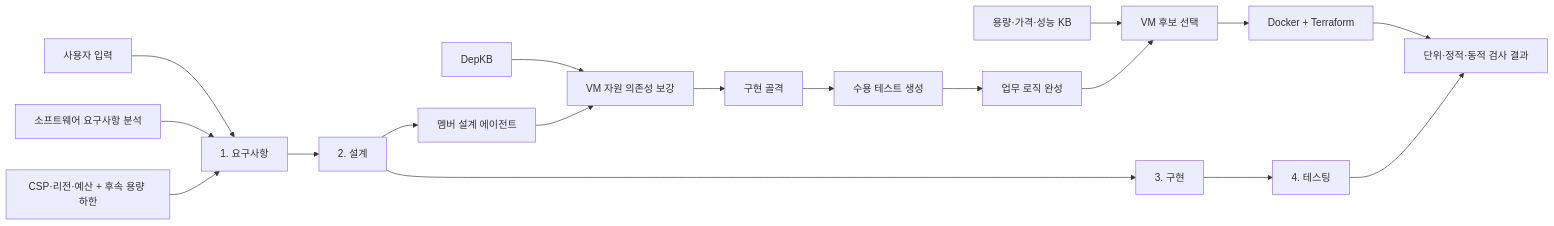
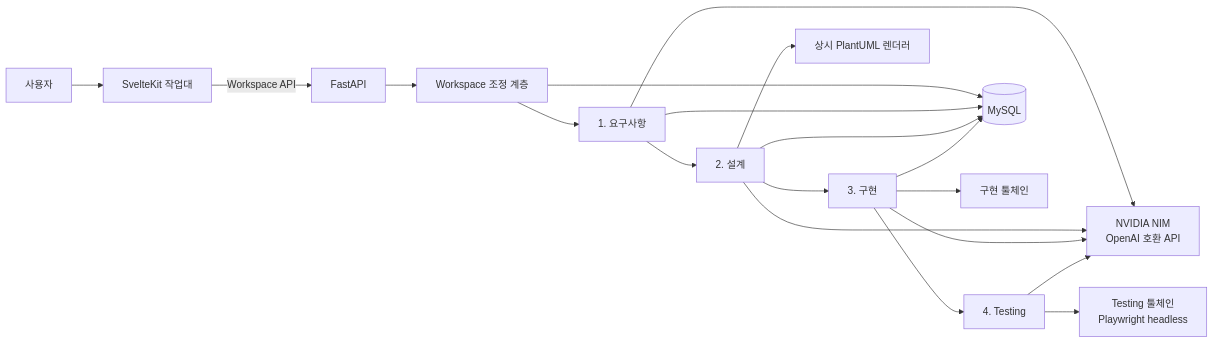
The first of 2 diagrams in docs/current-system-status.md (PNU-capstone-2026-17/easydep), drawn with Mermaid before and after one commit. The commit also changed other lines of this file and 3 other files, not shown here.

Commit message:
docs: describe current system architecture

````diff
--- a/docs/current-system-status.md
+++ b/docs/current-system-status.md
@@ -30,24 +18,25 @@
 ```mermaid
 flowchart LR
-    U[사용자 입력] --> R[1. 요구사항]
+    U[사용자] --> UI[SvelteKit 작업대]
+    UI -->|Workspace API| API[FastAPI]
+    API --> W[Workspace 조정 계층]
+
+    W --> R[1. 요구사항]
     R --> D[2. 설계]
     D --> I[3. 구현]
-    I --> T[4. 테스팅]
+    I --> T[4. Testing]
 
-    R1[소프트웨어 요구사항 분석] --> R
-    R2[CSP·리전·예산 + 후속 용량 하한] --> R
+    R --> LLM[NVIDIA NIM<br/>OpenAI 호환 API]
+    D --> LLM
+    I --> LLM
+    T --> LLM
 
-    D --> D1[멤버 설계 에이전트]
-    K[DepKB] --> D2[VM 자원 의존성 보강]
-    D1 --> D2
+    W --> DB[(MySQL)]
+    R --> DB
+    D --> DB
+    I --> DB
 
-    D2 --> I1[구현 골격]
-    I1 --> I2[수용 테스트 생성]
-    I2 --> I3[업무 로직 완성]
-    C[용량·가격·성능 KB] --> I4[VM 후보 선택]
-    I3 --> I4
-    I4 --> I5[Docker + Terraform]
-
-    I5 --> T1[Gradle 테스트]
-    T --> T1[단위·정적·동적 검사 결과]
+    D --> PUML[상시 PlantUML 렌더러]
+    I --> TOOL[구현 툴체인]
+    T --> BROWSER[Testing 툴체인<br/>Playwright headless]
 ```
````
